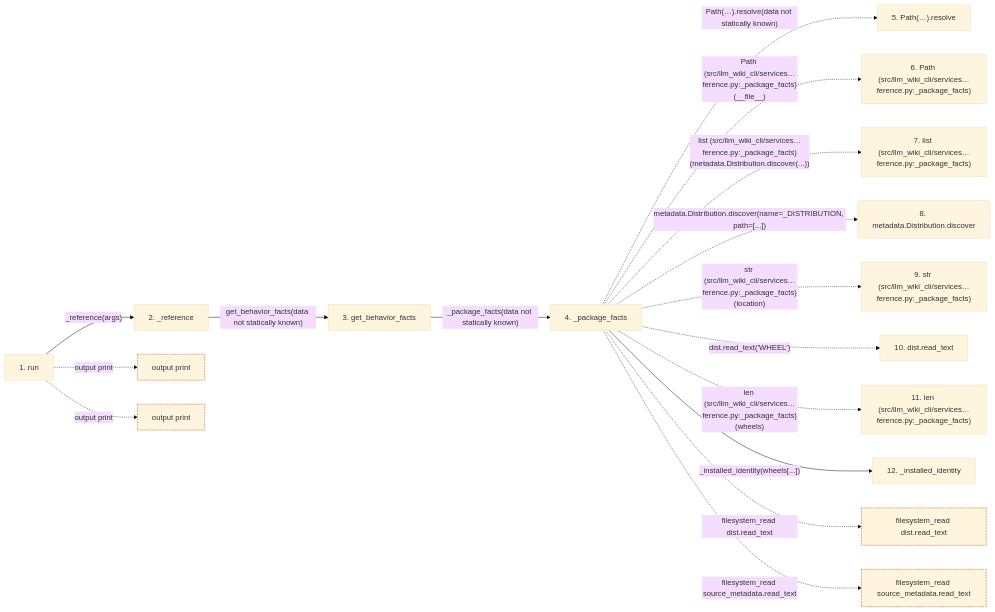
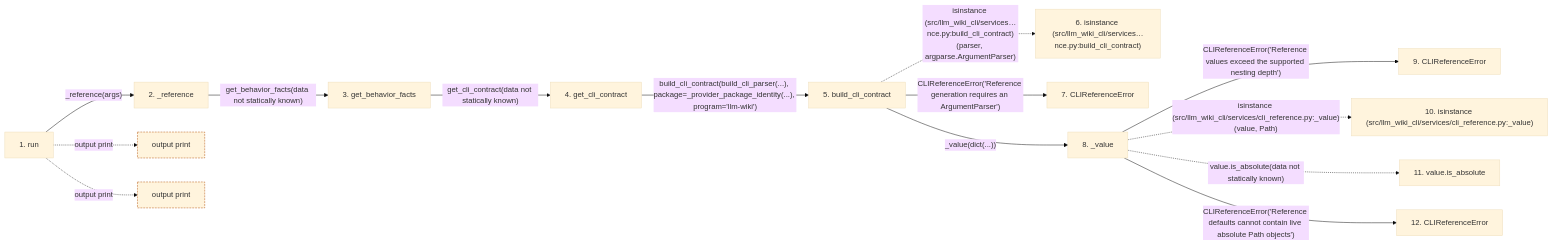
Before and after one commit to Denissvgn/python-wiki-llm: the second of 2 diagrams in docs/llm_wiki/flows/cli-reference.md, drawn with Mermaid (base theme). The commit also changed other lines of this file and 338 other files, not shown here.

````diff
--- a/docs/llm_wiki/flows/cli-reference.md
+++ b/docs/llm_wiki/flows/cli-reference.md
@@ -150,44 +151,42 @@
 ```mermaid
 flowchart LR
     s1["1. run"]
     s2["2. _reference"]
     s3["3. get_behavior_facts"]
-    s4["4. _package_facts"]
-    s5["5. Path(…).resolve"]
-    s6["6. Path (src/llm_wiki_cli/services…ference.py:_package_facts)"]
-    s7["7. list (src/llm_wiki_cli/services…ference.py:_package_facts)"]
-    s8["8. metadata.Distribution.discover"]
-    s9["9. str (src/llm_wiki_cli/services…ference.py:_package_facts)"]
-    s10["10. dist.read_text"]
-    s11["11. len (src/llm_wiki_cli/services…ference.py:_package_facts)"]
-    s12["12. _installed_identity"]
+    s4["4. get_cli_contract"]
+    s5["5. build_cli_contract"]
+    s6["6. isinstance (src/llm_wiki_cli/services…nce.py:build_cli_contract)"]
+    s7["7. CLIReferenceError"]
+    s8["8. _value"]
+    s9["9. CLIReferenceError"]
+    s10["10. isinstance (src/llm_wiki_cli/services/cli_reference.py:_value)"]
+    s11["11. value.is_absolute"]
+    s12["12. CLIReferenceError"]
     s1 -->|"_reference(args)"| s2
     s2 -->|"get_behavior_facts(data not statically known)"| s3
-    s3 -->|"_package_facts(data not statically known)"| s4
-    s4 -. "Path(…).resolve(data not statically known)" .-> s5
-    s4 -. "Path (src/llm_wiki_cli/services…ference.py:_package_facts)(__file__)" .-> s6
-    s4 -. "list (src/llm_wiki_cli/services…ference.py:_package_facts)(metadata.Distribution.discover(...))" .-> s7
-    s4 -. "metadata.Distribution.discover(name=_DISTRIBUTION, path=[...])" .-> s8
-    s4 -. "str (src/llm_wiki_cli/services…ference.py:_package_facts)(location)" .-> s9
-    s4 -. "dist.read_text('WHEEL')" .-> s10
-    s4 -. "len (src/llm_wiki_cli/services…ference.py:_package_facts)(wheels)" .-> s11
-    s4 -->|"_installed_identity(wheels[...])"| s12
+    s3 -->|"get_cli_contract(data not statically known)"| s4
+    s4 -->|"build_cli_contract(build_cli_parser(...), package=_provider_package_identity(...), program='llm-wiki')"| s5
+    s5 -. "isinstance (src/llm_wiki_cli/services…nce.py:build_cli_contract)(parser, argparse.ArgumentParser)" .-> s6
+    s5 -->|"CLIReferenceError('Reference generation requires an ArgumentParser')"| s7
+    s5 -->|"_value(dict(...))"| s8
+    s8 -->|"CLIReferenceError('Reference values exceed the supported nesting depth')"| s9
+    s8 -. "isinstance (src/llm_wiki_cli/services/cli_reference.py:_value)(value, Path)" .-> s10
+    s8 -. "value.is_absolute(data not statically known)" .-> s11
+    s8 -->|"CLIReferenceError('Reference defaults cannot contain live absolute Path objects')"| s12
     b0["output print"]
     s1 -. "output print" .-> b0
     b1["output print"]
     s1 -. "output print" .-> b1
-    b2["filesystem_read dist.read_text"]
-    s4 -. "filesystem_read dist.read_text" .-> b2
-    b3["filesystem_read source_metadata.read_text"]
-    s4 -. "filesystem_read source_metadata.read_text" .-> b3
     click s1 "../modules/reference_cmd.md"
     click s2 "../modules/reference_cmd.md"
     click s3 "../modules/behavior_reference.md"
-    click s4 "../modules/behavior_reference.md"
-    click s12 "../modules/behavior_reference.md"
+    click s4 "../modules/cli_reference.md"
+    click s5 "../modules/cli_reference.md"
+    click s7 "../modules/cli_reference.md"
+    click s8 "../modules/cli_reference.md"
+    click s9 "../modules/cli_reference.md"
+    click s12 "../modules/cli_reference.md"
     classDef boundary stroke:#b45309,stroke-dasharray: 4 2
     class b0 boundary
     class b1 boundary
-    class b2 boundary
-    class b3 boundary
 ```
````
